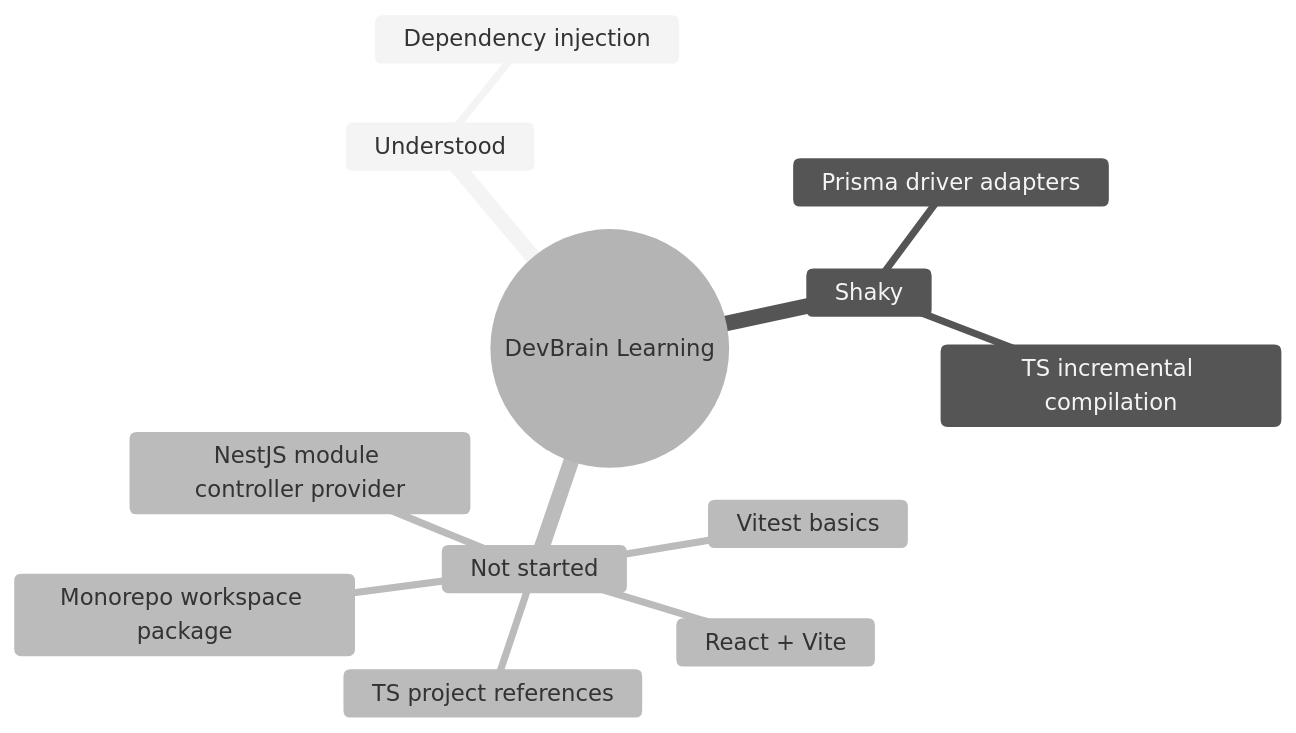
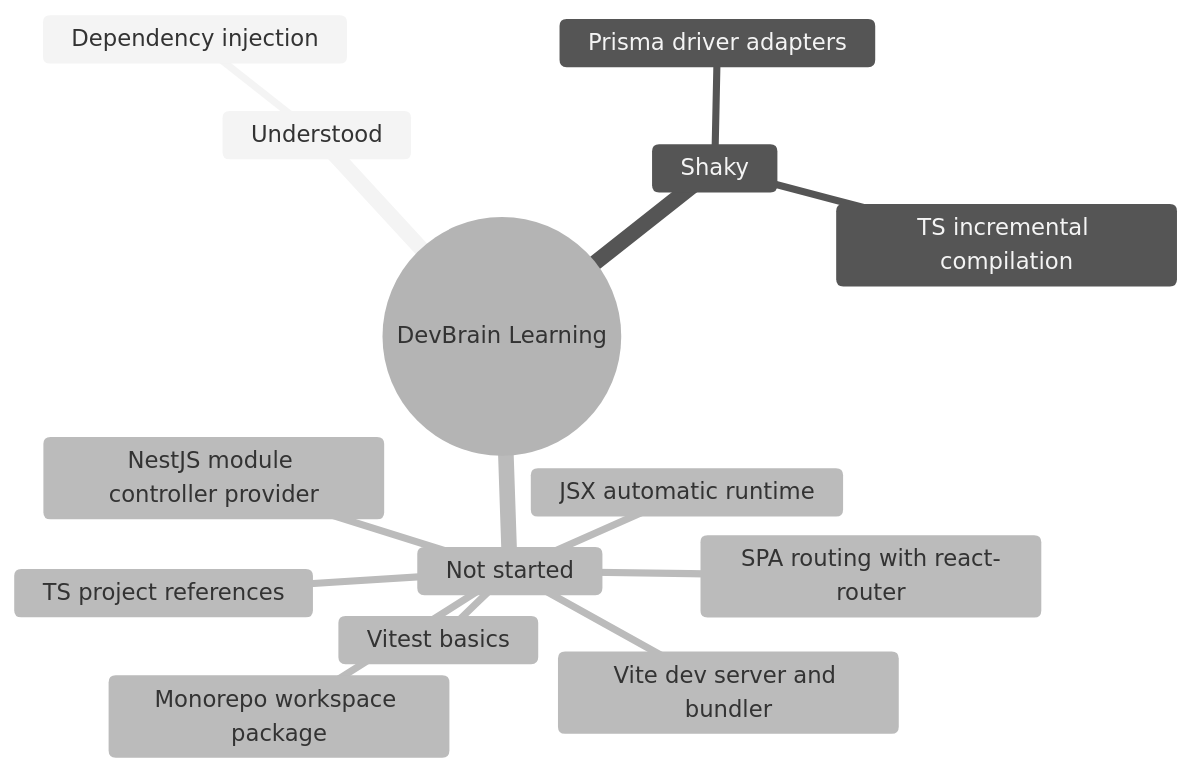
The diagram in docs/LEARNING_LOG.md (Phonghigh/DevBrain), drawn with Mermaid (neutral theme) before and after one commit. The commit also changed other lines of this file and 14 other files, not shown here.

````diff
--- a/docs/LEARNING_LOG.md
+++ b/docs/LEARNING_LOG.md
@@ -29,15 +32,17 @@
 ```mermaid
 mindmap
   root((DevBrain Learning))
     Understood
       Dependency injection
     Shaky
       Prisma driver adapters
       TS incremental compilation
     Not started
       Monorepo workspace package
       TS project references
       Vitest basics
       NestJS module controller provider
-      React + Vite
+      Vite dev server and bundler
+      SPA routing with react-router
+      JSX automatic runtime
 ```
````
